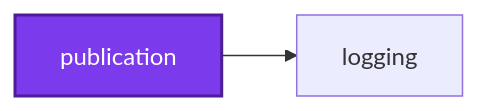
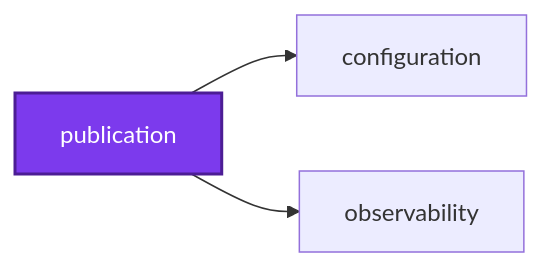
Before and after one commit to organizzolini/codebase: the first of 3 diagrams in publication/README.md, drawn with Mermaid. The commit also changed 68 other files, not shown here.

````diff
--- a/publication/README.md
+++ b/publication/README.md
@@ -324,8 +324,10 @@
 ```mermaid
 graph LR
-  logging["logging"]
+  configuration["configuration"]
+  observability["observability"]
   publication["publication"]
-  publication --> logging
+  publication --> configuration
+  publication --> observability
   classDef subject fill:#7c3aed,color:#fff,stroke:#4c1d95,stroke-width:2px
   class publication subject
 ```
````
